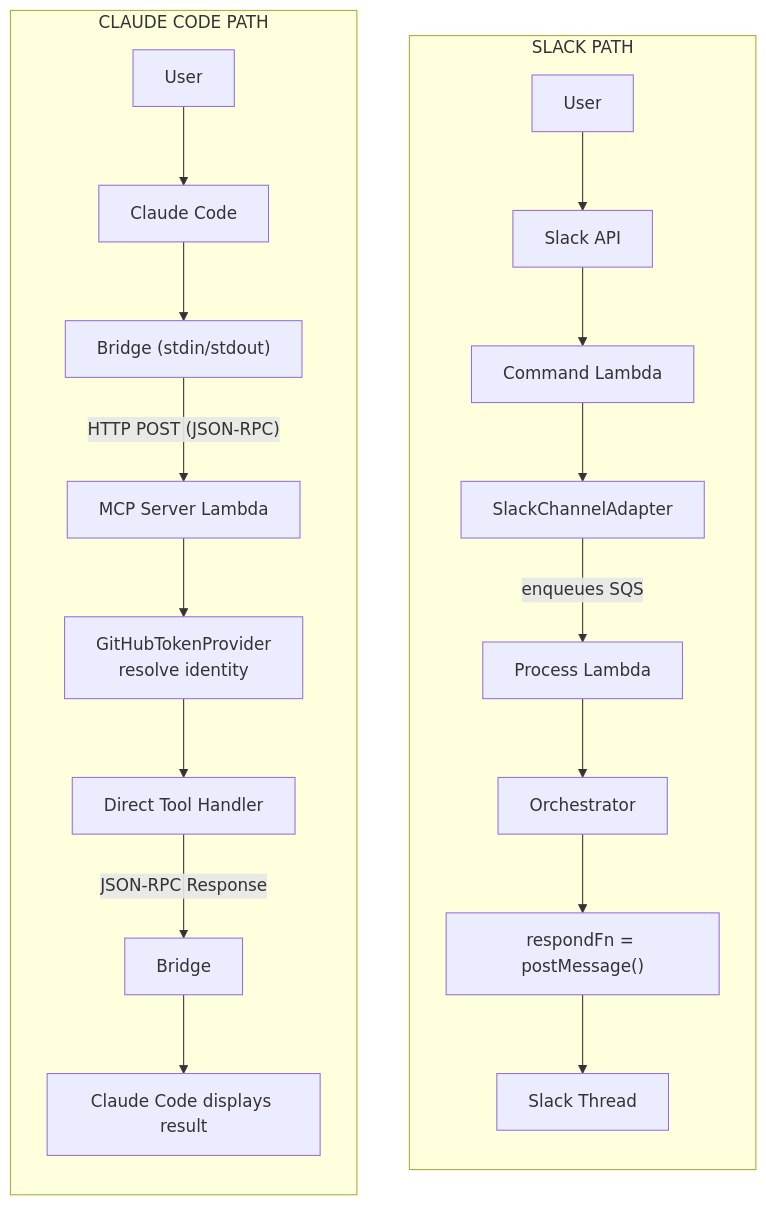
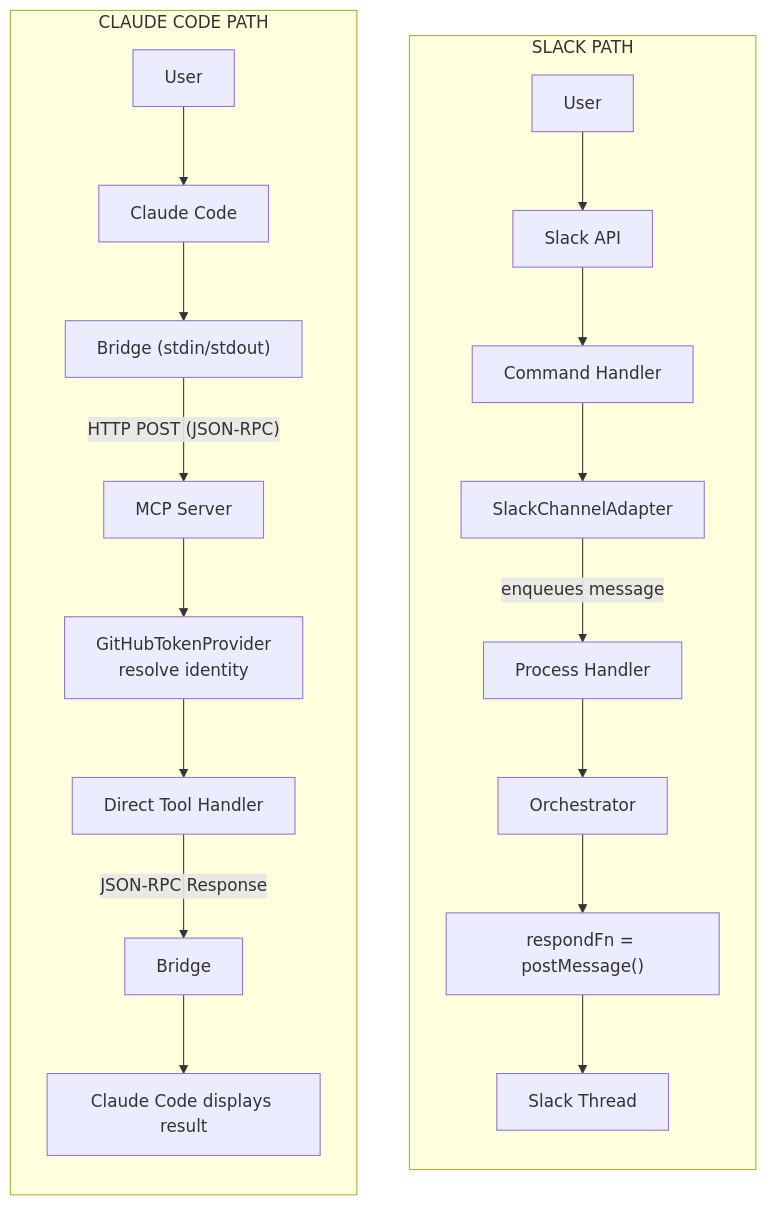
Diagram 24 of 31 in docs/book/agentrun-book.md (phbruce/agentrun), drawn with Mermaid before and after one commit. The commit also changed other lines of this file, not shown here.

````diff
--- a/docs/book/agentrun-book.md
+++ b/docs/book/agentrun-book.md
@@ -3993,24 +3961,24 @@
 ```mermaid
 flowchart TB
     subgraph SLACK_PATH["SLACK PATH"]
         direction TB
         U1["User"] --> SlackAPI["Slack API"]
-        SlackAPI --> CmdLambda["Command Lambda"]
-        CmdLambda --> Adapter["SlackChannelAdapter"]
-        Adapter -- "enqueues SQS" --> ProcLambda["Process Lambda"]
-        ProcLambda --> Orch["Orchestrator"]
+        SlackAPI --> CmdHandler["Command Handler"]
+        CmdHandler --> Adapter["SlackChannelAdapter"]
+        Adapter -- "enqueues message" --> ProcHandler["Process Handler"]
+        ProcHandler --> Orch["Orchestrator"]
         Orch --> RespondFn["respondFn = postMessage()"]
         RespondFn --> SlackThread["Slack Thread"]
     end
 
     subgraph CC_PATH["CLAUDE CODE PATH"]
         direction TB
         U2["User"] --> CC["Claude Code"]
         CC --> Bridge["Bridge (stdin/stdout)"]
-        Bridge -- "HTTP POST (JSON-RPC)" --> MCPLambda["MCP Server Lambda"]
-        MCPLambda --> GHToken["GitHubTokenProvider\nresolve identity"]
+        Bridge -- "HTTP POST (JSON-RPC)" --> MCPServer2["MCP Server"]
+        MCPServer2 --> GHToken["GitHubTokenProvider\nresolve identity"]
         GHToken --> ToolHandler["Direct Tool Handler"]
         ToolHandler -- "JSON-RPC Response" --> Bridge2["Bridge"]
         Bridge2 --> CCResult["Claude Code displays result"]
     end
 ```
````
